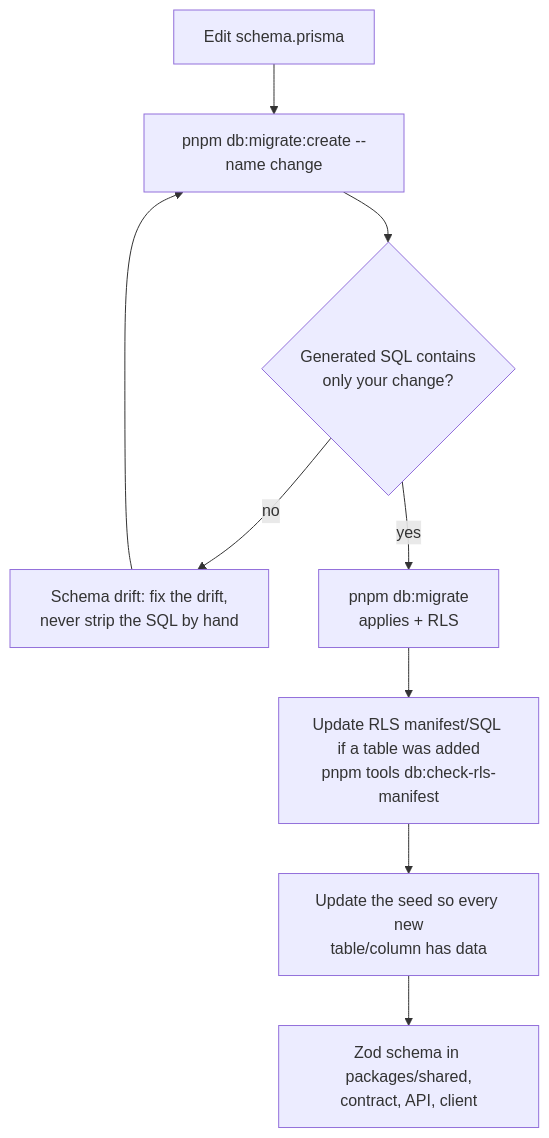
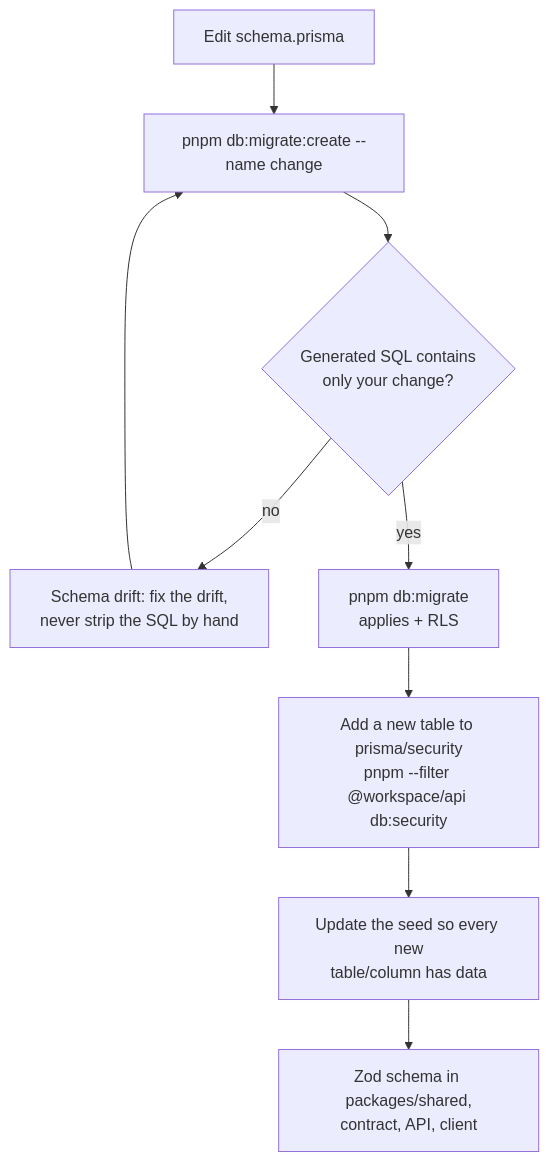
The diagram in docs/technical/database.md (patelzz007/nestjs-nextjs-turborepo-starter-kit), drawn with Mermaid before and after one commit. The commit also changed other lines of this file and 510 other files, not shown here.

Commit message:
Prisma + RLS RBAC ReBAC ACL migration & simplification.

````diff
--- a/docs/technical/database.md
+++ b/docs/technical/database.md
@@ -59,11 +62,11 @@
 ```mermaid
 flowchart TD
     A[Edit schema.prisma] --> B[pnpm db:migrate:create --name change]
     B --> C{Generated SQL contains<br/>only your change?}
     C -- no --> D[Schema drift: fix the drift,<br/>never strip the SQL by hand]
     D --> B
     C -- yes --> E[pnpm db:migrate<br/>applies + RLS]
-    E --> F[Update RLS manifest/SQL if a table was added<br/>pnpm tools db:check-rls-manifest]
+    E --> F[Add a new table to prisma/security<br/>pnpm --filter @workspace/api db:security]
     F --> G[Update the seed so every new<br/>table/column has data]
     G --> H[Zod schema in packages/shared,<br/>contract, API, client]
 ```
````
